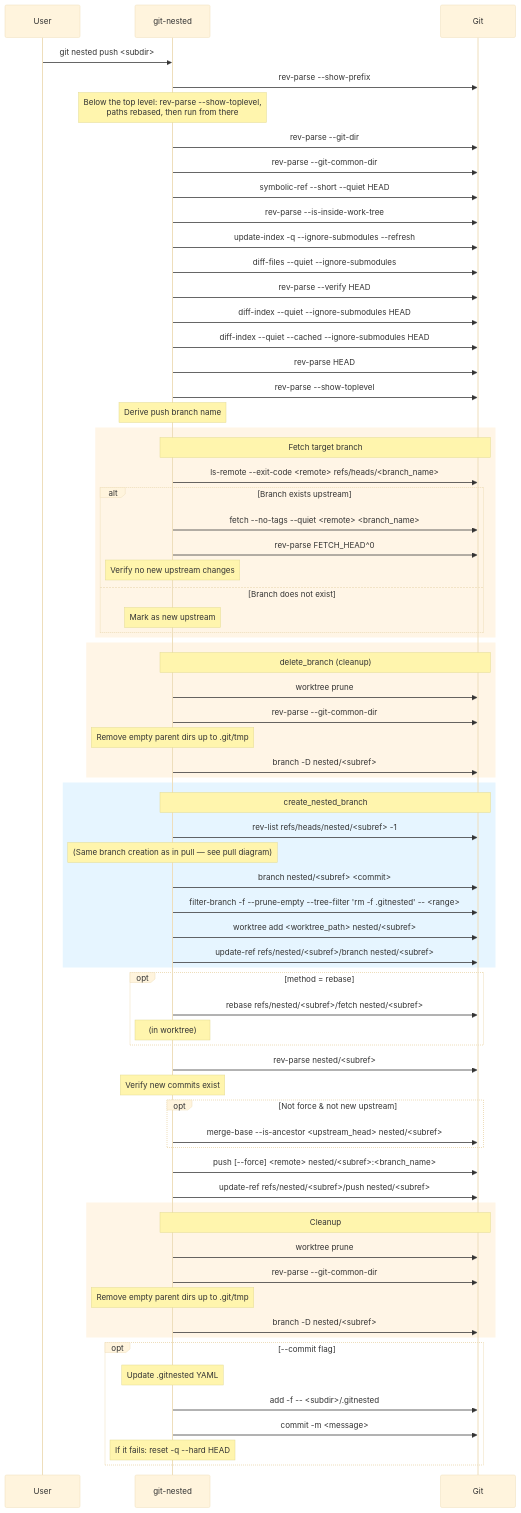
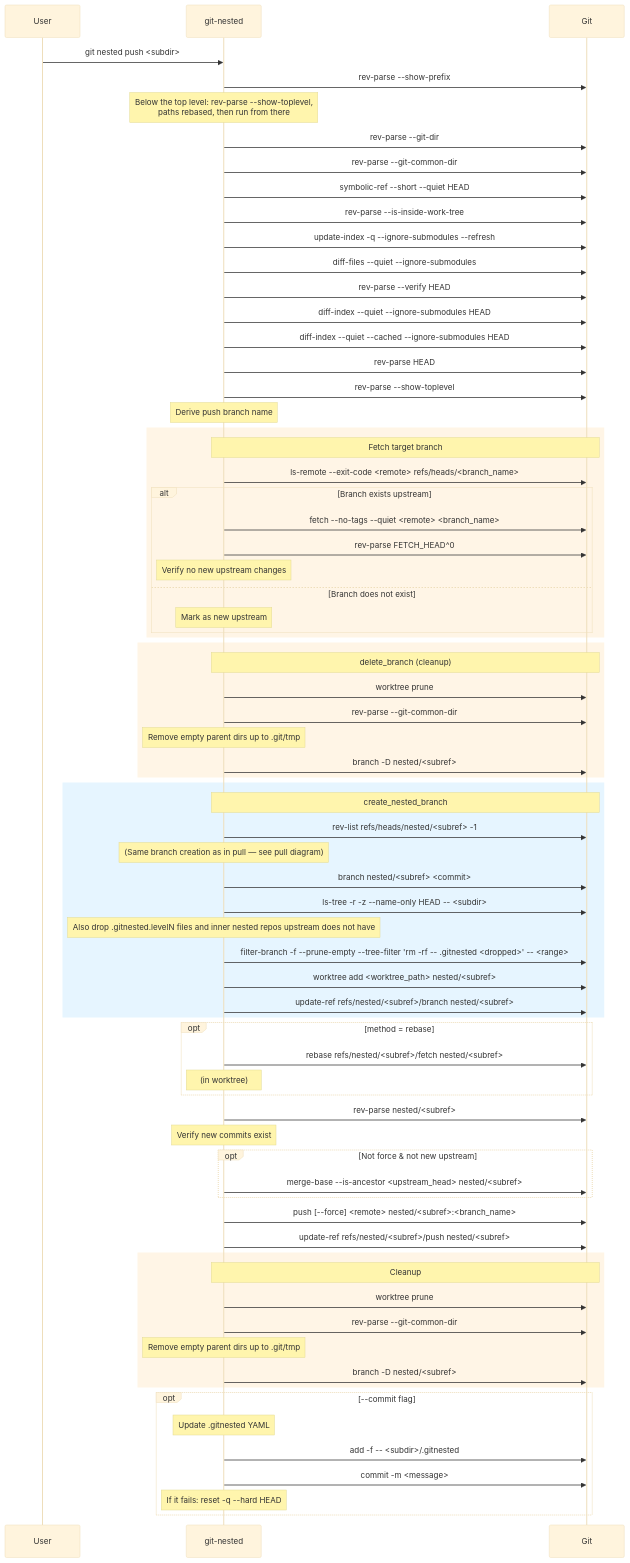
The fifth of 14 diagrams in docs/diagrams.md (thorsten-klein/git-nested), drawn with Mermaid (base theme) before and after one commit. The commit also changed other lines of this file and 2 other files, not shown here.

Commit message:
fix: `push` leaves out inner nested repositories added here (#124)
`push lib` sent `lib/inner` and its `.gitnested` to `lib`'s upstream,
even when `lib/inner` was only added in this repository.

Now `push` leaves out:

- inner nested repositories that upstream does not have,
- all `.gitnested.levelN` files.

Inner repositories that upstream nests itself are still pushed. `pull`
and `branch` are not changed.

Fixes #70

🤖 Generated with [Claude Code](https://claude.com/claude-code)

```diff
--- a/docs/diagrams.md
+++ b/docs/diagrams.md
@@ -281,7 +281,9 @@
         git-nested->>Git: rev-list refs/heads/nested/<subref> -1
         Note over git-nested: (Same branch creation as in pull — see pull diagram)
         git-nested->>Git: branch nested/<subref> <commit>
-        git-nested->>Git: filter-branch -f --prune-empty --tree-filter 'rm -f .gitnested' -- <range>
+        git-nested->>Git: ls-tree -r -z --name-only HEAD -- <subdir>
+        Note over git-nested: Also drop .gitnested.levelN files and inner nested repos upstream does not have
+        git-nested->>Git: filter-branch -f --prune-empty --tree-filter 'rm -rf -- .gitnested <dropped>' -- <range>
         git-nested->>Git: worktree add <worktree_path> nested/<subref>
         git-nested->>Git: update-ref refs/nested/<subref>/branch nested/<subref>
     end
```
